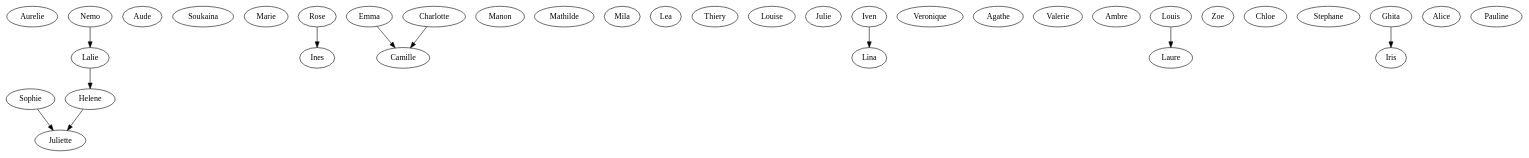
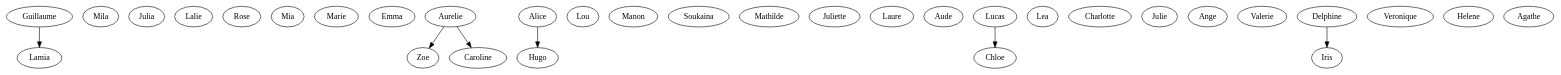
Before and after one commit to Slash-stack/Aquarium: the diagram in output/dotFiles/round18.dot, drawn with Graphviz. The commit also changed 38 other files, not shown here.

```diff
--- a/output/dotFiles/round18.dot
+++ b/output/dotFiles/round18.dot
@@ -1,69 +1,65 @@
 strict digraph G {
+  Lamia;
+  Mila;
+  Julia;
+  Lalie;
+  Rose;
+  Lamia;
+  Guillaume;
+  Mia;
+  Marie;
+  Emma;
   Aurelie;
+  Alice;
+  Zoe;
+  Lamia;
+  Emma;
+  Caroline;
+  Lou;
+  Aurelie;
+  Lamia;
+  Manon;
+  Soukaina;
+  Lamia;
+  Mathilde;
+  Juliette;
+  Laure;
+  Aude;
+  Juliette;
+  Lucas;
+  Manon;
+  Aurelie;
+  Lea;
+  Emma;
+  Charlotte;
+  Chloe;
+  Rose;
+  Aude;
+  Mathilde;
+  Alice;
+  Lamia;
+  Julie;
   Lalie;
-  Aude;
-  Soukaina;
-  Nemo;
-  Marie;
-  Rose;
-  Emma;
-  Manon;
+  Zoe;
+  Ange;
+  Juliette;
+  Julie;
+  Valerie;
+  Hugo;
+  Iris;
+  Veronique;
+  Delphine;
+  Helene;
+  Mia;
   Mathilde;
   Mila;
-  Juliette;
+  Agathe;
   Charlotte;
-  Lea;
-  Thiery;
-  Juliette;
-  Juliette;
-  Sophie;
-  Camille;
-  Aude;
-  Helene;
-  Louise;
-  Lea;
-  Julie;
-  Iven;
-  Lina;
-  Veronique;
-  Juliette;
-  Agathe;
-  Valerie;
-  Ambre;
-  Laure;
-  Louis;
-  Sophie;
-  Ines;
-  Zoe;
-  Camille;
-  Chloe;
-  Ambre;
-  Lina;
-  Stephane;
-  Rose;
-  Iris;
-  Valerie;
-  Helene;
-  Ghita;
-  Ines;
-  Emma;
-  Lalie;
-  Veronique;
-  Sophie;
-  Alice;
-  Ambre;
-  Juliette;
-  Agathe;
-  Aude;
-  Pauline;
-  Nemo -> Lalie;
-  Charlotte -> Camille;
-  Sophie -> Juliette;
-  Helene -> Juliette;
-  Iven -> Lina;
-  Louis -> Laure;
-  Rose -> Ines;
-  Ghita -> Iris;
-  Emma -> Camille;
-  Lalie -> Helene;
+  Marie;
+  Guillaume -> Lamia;
+  Aurelie -> Zoe;
+  Aurelie -> Caroline;
+  Lucas -> Chloe;
+  Alice -> Hugo;
+  Delphine -> Iris;
 }
```
